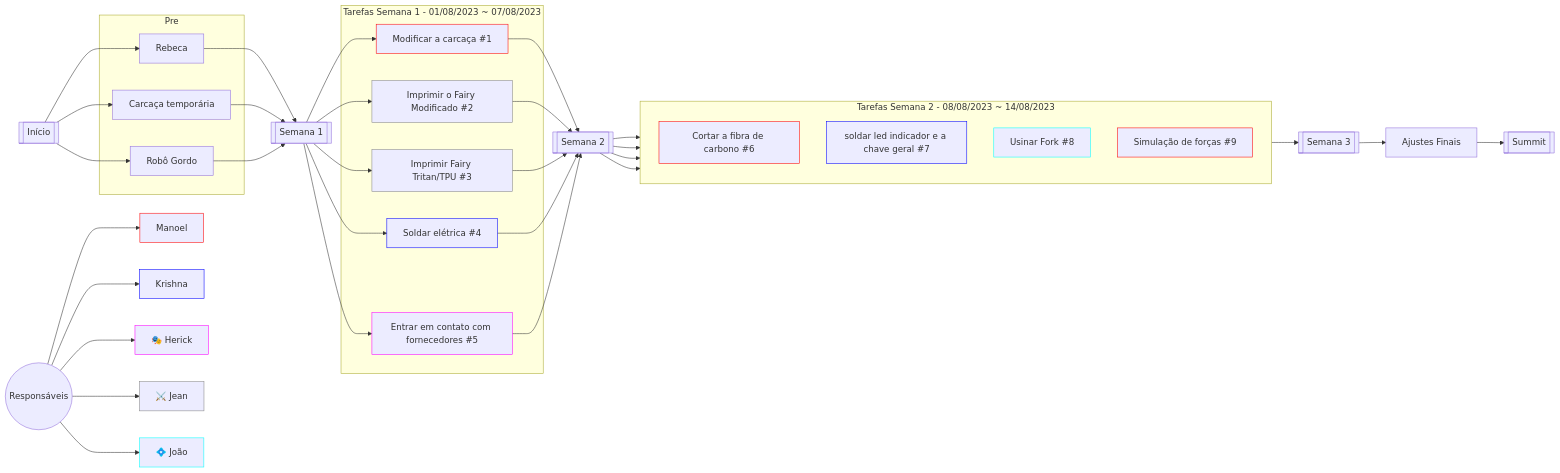
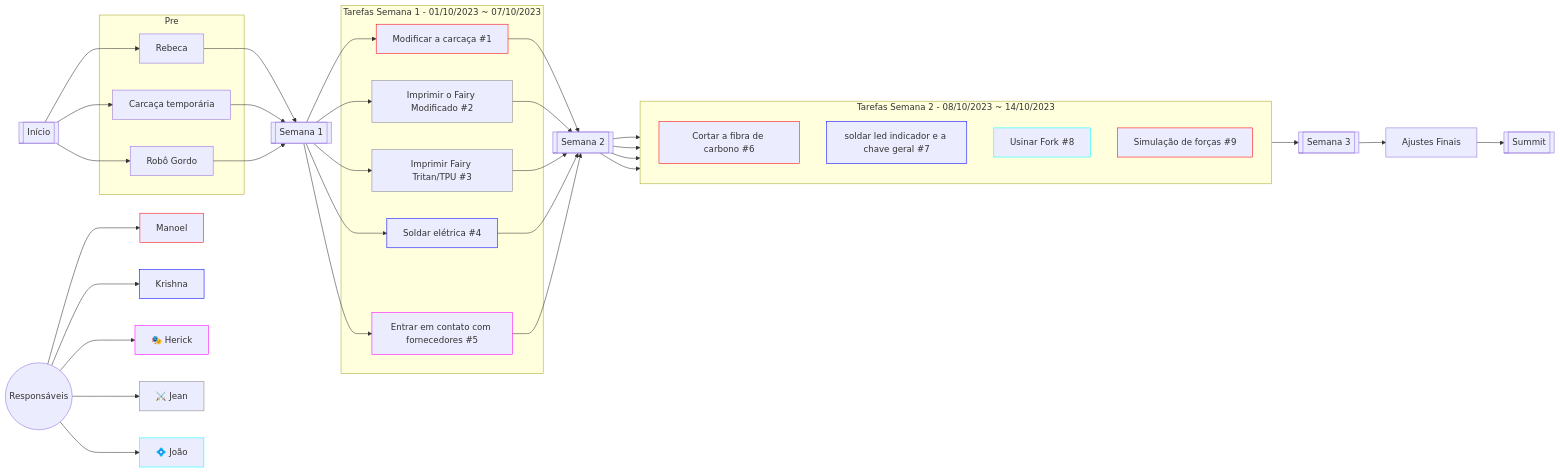
One commit to Equipe-SJBots/.github changed the second of 4 diagrams in profile/README.md. Above: the diagram before and after it, drawn with Mermaid. The commit also changed other lines of this file, not shown here.

````diff
--- a/profile/README.md
+++ b/profile/README.md
@@ -40,70 +40,70 @@
 ```mermaid
 
 %% ---
 %% title: PROGRESSÃO RAIA
 %% ---
 flowchart LR
 
   s0[[Início]]
   s1[[Semana 1]]
   s2[[Semana 2]]
   s3[[Semana 3]]
   af["Ajustes Finais"]
   c1[[Summit]]
 
   rp((Responsáveis))
   r1["Manoel"]:::manoel
   r2["Krishna"]:::krishna
   r3["🎭 Herick"]:::herick
   r4["⚔️ Jean"]:::jean
   r5["💠 João"]:::joao
 
   subgraph ss0 [Pre]
     p1["Rebeca"]
     p2["Carcaça temporária"]
     p3["Robô Gordo"]
   end
 
-  subgraph ss1 ["Tarefas Semana 1 - 01/08/2023 ~ 07/08/2023"]
+  subgraph ss1 ["Tarefas Semana 1 - 01/10/2023 ~ 07/10/2023"]
     i1["Modificar a carcaça #1"]:::manoel
     i2["Imprimir o Fairy Modificado #2"]:::jean
     i3["Imprimir Fairy Tritan/TPU #3"]:::jean
     i4["Soldar elétrica #4"]:::krishna
     i5["Entrar em contato com fornecedores #5"]:::herick
   end
 
-  subgraph ss2 ["Tarefas Semana 2 - 08/08/2023 ~ 14/08/2023"]
+  subgraph ss2 ["Tarefas Semana 2 - 08/10/2023 ~ 14/10/2023"]
     direction BT
     i6["Cortar a fibra de carbono #6"]:::manoel
     i7["soldar led indicador e a chave geral #7"]:::krishna
     i8["Usinar Fork #8"]:::joao
     i9["Simulação de forças #9"]:::manoel
   end
 
   s0 --> p1 & p2 & p3 --> s1
   s1 --> i1 & i2 & i3 & i4 & i5 --> s2
   s2 --> i6 & i7 & i8 & i9
   ss2 --> s3 --> af --> c1
 
   rp --> r1 & r2 & r3 & r4 & r5
 
   click i1 "https://github.com/Equipe-SJBots/combots/issues/1"
   click i2 "https://github.com/Equipe-SJBots/combots/issues/2"
   click i3 "https://github.com/Equipe-SJBots/combots/issues/3"
   click i4 "https://github.com/Equipe-SJBots/combots/issues/4"
   click i5 "https://github.com/Equipe-SJBots/combots/issues/5"
 
   click i6 "https://github.com/Equipe-SJBots/combots/issues/6"
   click i7 "https://github.com/Equipe-SJBots/combots/issues/7"
   click i8 "https://github.com/Equipe-SJBots/combots/issues/8"
   click i9 "https://github.com/Equipe-SJBots/combots/issues/9"
 
   classDef manoel    stroke:#FF0000
   classDef marcelo   stroke:#00FF00
   classDef krishna   stroke:#0000FF
   classDef jean      stroke:#888888
   classDef joao      stroke:#00FFFF
   classDef julia     stroke:#FFFF00
   classDef herick    stroke:#FF00FF
   classDef murilo    stroke:#ffa500
 ```
````
